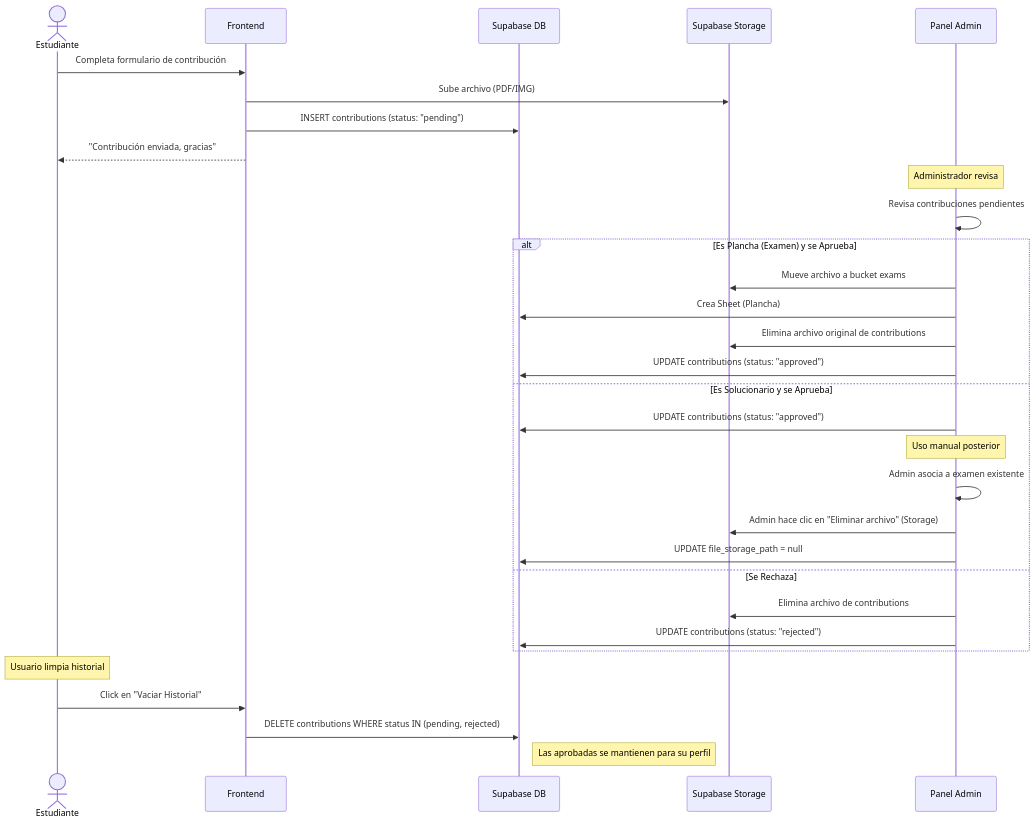
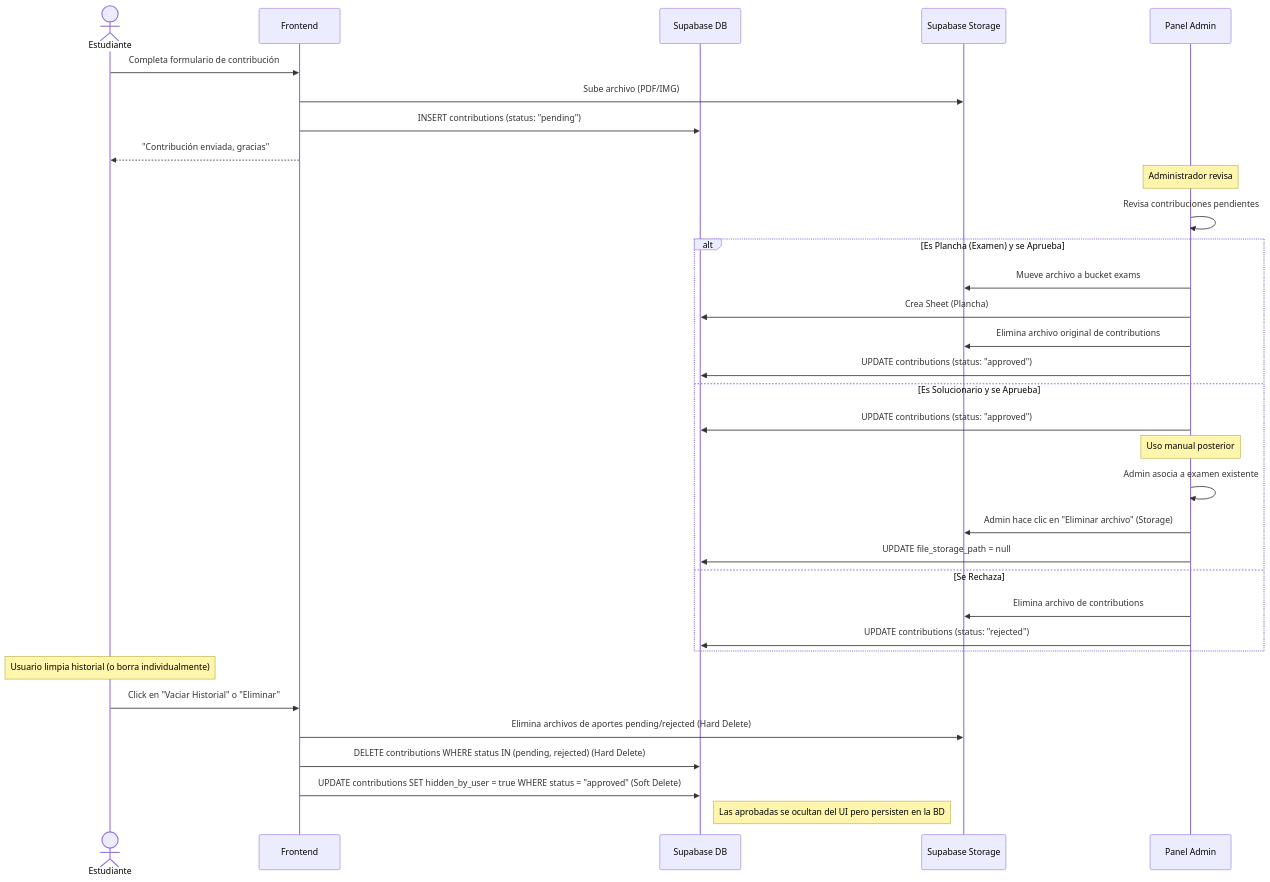
Before and after one commit to ccUnicode/TrikaWeb: diagram 12 of 13 in docs/flujos.md, drawn with Mermaid. The commit also changed other lines of this file and 2 other files, not shown here.

Commit message:
docs: update contributions documentation with soft/hard delete logic

````diff
--- a/docs/flujos.md
+++ b/docs/flujos.md
@@ -509,37 +510,39 @@
 ```mermaid
 sequenceDiagram
     actor User as Estudiante
     participant UI as Frontend
     participant DB as Supabase DB
     participant Storage as Supabase Storage
     participant AdminUI as Panel Admin
     
     User->>UI: Completa formulario de contribución
     UI->>Storage: Sube archivo (PDF/IMG)
     UI->>DB: INSERT contributions (status: "pending")
     UI-->>User: "Contribución enviada, gracias"
 
     Note over AdminUI: Administrador revisa
     AdminUI->>AdminUI: Revisa contribuciones pendientes
     
     alt Es Plancha (Examen) y se Aprueba
         AdminUI->>Storage: Mueve archivo a bucket exams
         AdminUI->>DB: Crea Sheet (Plancha)
         AdminUI->>Storage: Elimina archivo original de contributions
         AdminUI->>DB: UPDATE contributions (status: "approved")
     else Es Solucionario y se Aprueba
         AdminUI->>DB: UPDATE contributions (status: "approved")
         Note over AdminUI: Uso manual posterior
         AdminUI->>AdminUI: Admin asocia a examen existente
         AdminUI->>Storage: Admin hace clic en "Eliminar archivo" (Storage)
         AdminUI->>DB: UPDATE file_storage_path = null
     else Se Rechaza
         AdminUI->>Storage: Elimina archivo de contributions
         AdminUI->>DB: UPDATE contributions (status: "rejected")
     end
     
-    Note over User: Usuario limpia historial
-    User->>UI: Click en "Vaciar Historial"
-    UI->>DB: DELETE contributions WHERE status IN (pending, rejected)
-    Note right of DB: Las aprobadas se mantienen para su perfil
+    Note over User: Usuario limpia historial (o borra individualmente)
+    User->>UI: Click en "Vaciar Historial" o "Eliminar"
+    UI->>Storage: Elimina archivos de aportes pending/rejected (Hard Delete)
+    UI->>DB: DELETE contributions WHERE status IN (pending, rejected) (Hard Delete)
+    UI->>DB: UPDATE contributions SET hidden_by_user = true WHERE status = "approved" (Soft Delete)
+    Note right of DB: Las aprobadas se ocultan del UI pero persisten en la BD
 ```
````
